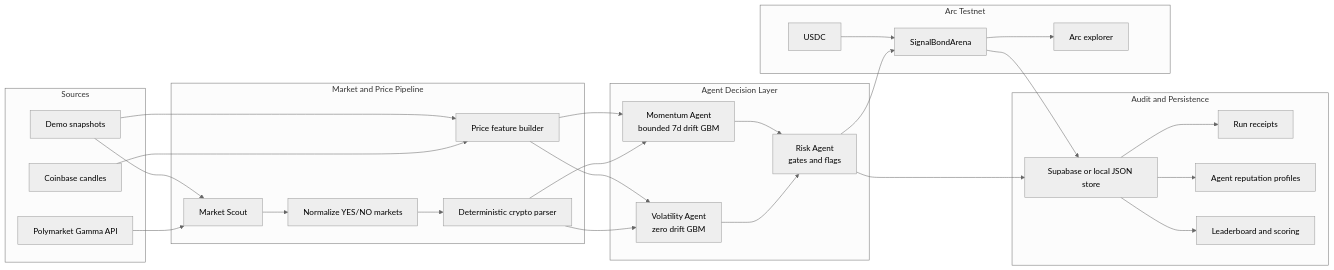
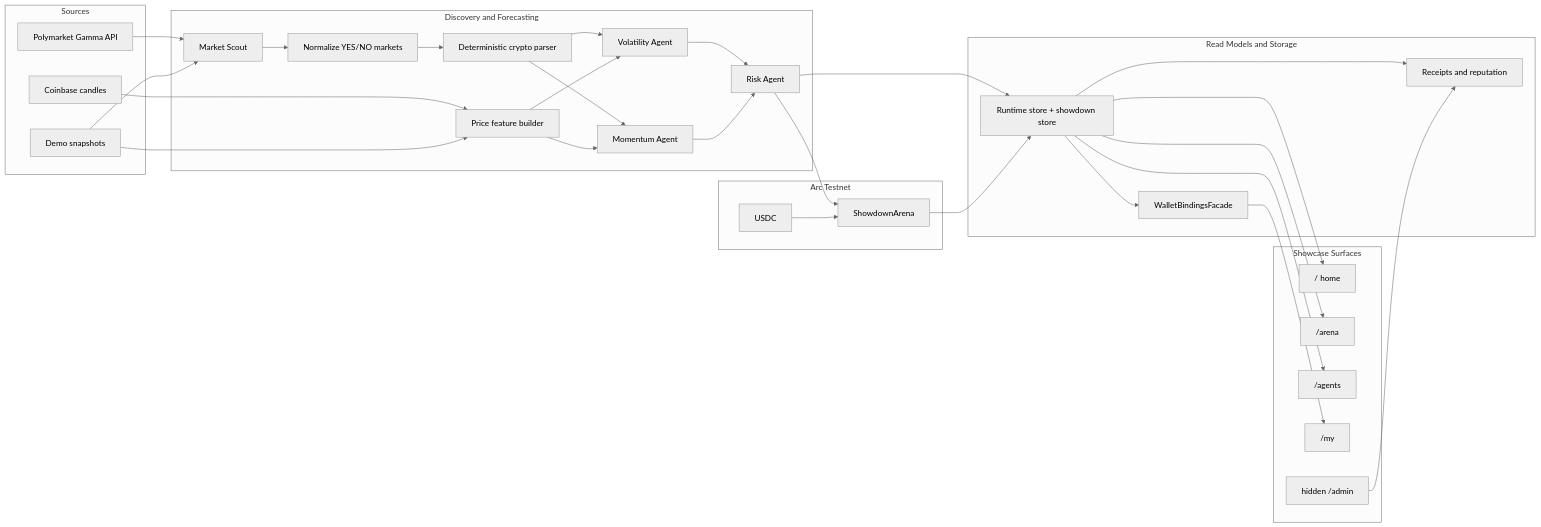
The diagram in docs/circle-submission.md (fangTiger/PredictArena), drawn with Mermaid (neutral theme) before and after one commit. The commit also changed other lines of this file and 4 other files, not shown here.

Commit message:
docs(ui): polish showcase and update Arc submission docs

````diff
--- a/docs/circle-submission.md
+++ b/docs/circle-submission.md
@@ -105,54 +104,60 @@
 ```mermaid
 flowchart LR
   subgraph Sources
     P["Polymarket Gamma API"]
     C["Coinbase candles"]
     D["Demo snapshots"]
   end
 
-  subgraph MarketPipeline["Market and Price Pipeline"]
+  subgraph Pipeline["Discovery and Forecasting"]
     S["Market Scout"]
     N["Normalize YES/NO markets"]
     R["Deterministic crypto parser"]
     F["Price feature builder"]
+    V["Volatility Agent"]
+    M["Momentum Agent"]
+    G["Risk Agent"]
   end
 
-  subgraph Agents["Agent Decision Layer"]
-    V["Volatility Agent<br/>zero drift GBM"]
-    M["Momentum Agent<br/>bounded 7d drift GBM"]
-    G["Risk Agent<br/>gates and flags"]
+  subgraph Storage["Read Models and Storage"]
+    Store["Runtime store + showdown store"]
+    Wallet["WalletBindingsFacade"]
+    Receipt["Receipts and reputation"]
   end
 
-  subgraph Persistence["Audit and Persistence"]
-    Store["Supabase or local JSON store"]
-    Receipt["Run receipts"]
-    Reputation["Agent reputation profiles"]
-    Leaderboard["Leaderboard and scoring"]
+  subgraph Surfaces["Showcase Surfaces"]
+    Home["/ home"]
+    Arena["/arena"]
+    Agents["/agents"]
+    My["/my"]
+    Admin["hidden /admin"]
   end
 
   subgraph Arc["Arc Testnet"]
-    Contract["SignalBondArena"]
+    Contract["ShowdownArena"]
     USDC["USDC"]
-    Explorer["Arc explorer"]
   end
 
   P --> S
   D --> S
   S --> N --> R
   C --> F
   D --> F
   R --> V
   R --> M
   F --> V
   F --> M
   V --> G
   M --> G
   G --> Store
+  Store --> Home
+  Store --> Arena
+  Store --> Agents
+  Store --> Wallet
   Store --> Receipt
-  Store --> Reputation
-  Store --> Leaderboard
+  Wallet --> My
+  Admin --> Receipt
   G --> Contract
   USDC --> Contract
   Contract --> Store
-  Contract --> Explorer
 ```
````
